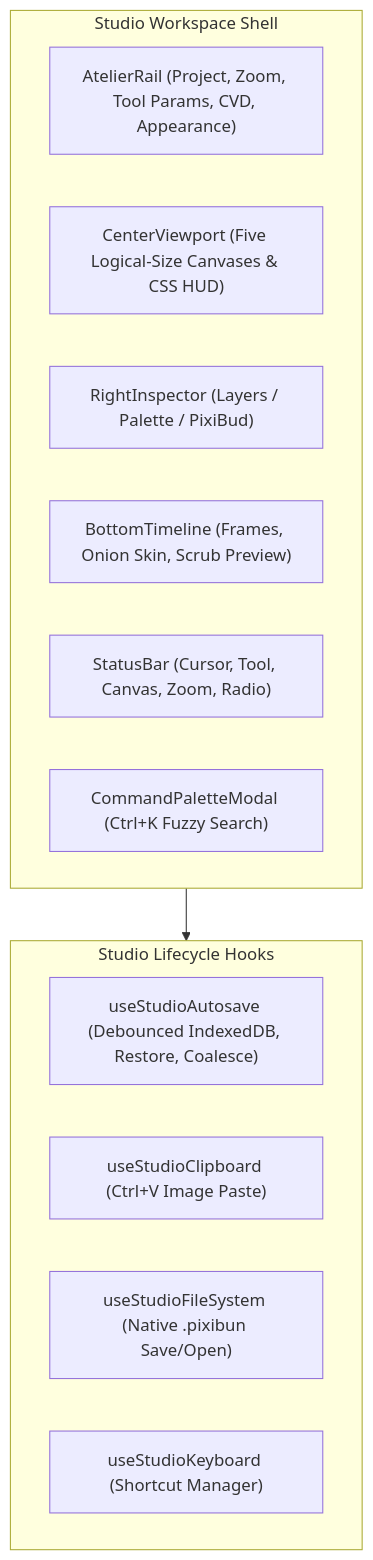
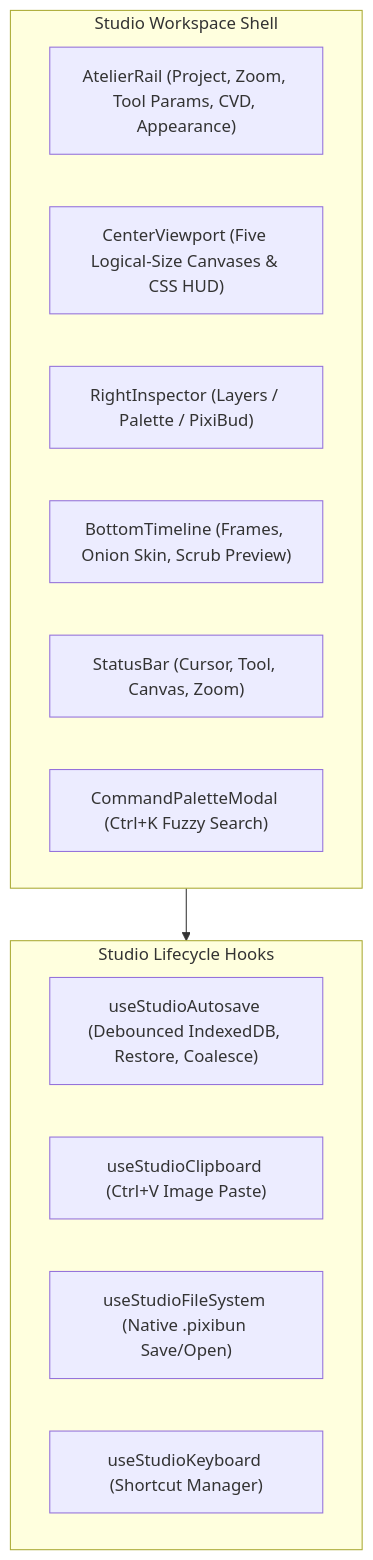
One commit to lxcario/PixiBun changed the sixth of 6 diagrams in ARCHITECTURE.md. Above: the diagram before and after it, drawn with Mermaid. The commit also changed other lines of this file and 98 other files, not shown here.

````diff
--- a/ARCHITECTURE.md
+++ b/ARCHITECTURE.md
@@ -698,20 +670,20 @@
 ```mermaid
 graph TD
     subgraph Shell ["Studio Workspace Shell"]
         Rail["AtelierRail (Project, Zoom, Tool Params, CVD, Appearance)"]
         Viewport["CenterViewport (Five Logical-Size Canvases & CSS HUD)"]
         Inspector["RightInspector (Layers / Palette / PixiBud)"]
         Timeline["BottomTimeline (Frames, Onion Skin, Scrub Preview)"]
-        Status["StatusBar (Cursor, Tool, Canvas, Zoom, Radio)"]
+        Status["StatusBar (Cursor, Tool, Canvas, Zoom)"]
         CmdPalette["CommandPaletteModal (Ctrl+K Fuzzy Search)"]
     end
 
     subgraph Hooks ["Studio Lifecycle Hooks"]
         Autosave["useStudioAutosave (Debounced IndexedDB, Restore, Coalesce)"]
         Clipboard["useStudioClipboard (Ctrl+V Image Paste)"]
         FileSystem["useStudioFileSystem (Native .pixibun Save/Open)"]
         Keyboard["useStudioKeyboard (Shortcut Manager)"]
     end
 
     Shell --> Hooks
 ```
````
